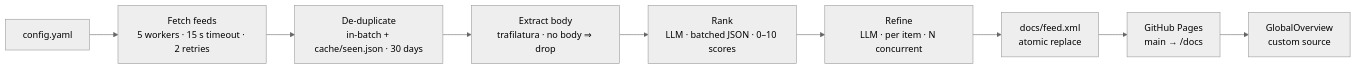
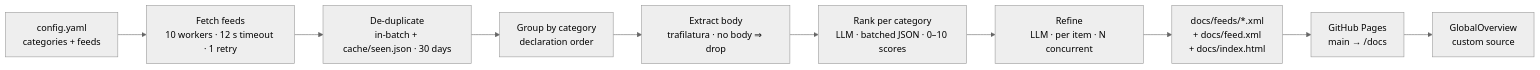
The diagram in README.md (None-Ptr/FeedOverview), drawn with Mermaid (neutral theme) before and after one commit. The commit also changed other lines of this file and 38 other files, not shown here.

````diff
--- a/README.md
+++ b/README.md
@@ -70,11 +77,12 @@
 ```mermaid
 flowchart LR
-    A[config.yaml] --> B["Fetch feeds<br/>5 workers · 15 s timeout · 2 retries"]
+    A["config.yaml<br/>categories + feeds"] --> B["Fetch feeds<br/>10 workers · 12 s timeout · 1 retry"]
     B --> C["De-duplicate<br/>in-batch + cache/seen.json · 30 days"]
-    C --> D["Extract body<br/>trafilatura · no body ⇒ drop"]
-    D --> E["Rank<br/>LLM · batched JSON · 0–10 scores"]
-    E --> F["Refine<br/>LLM · per item · N concurrent"]
-    F --> G["docs/feed.xml<br/>atomic replace"]
-    G --> H["GitHub Pages<br/>main → /docs"]
-    H --> I["GlobalOverview<br/>custom source"]
+    C --> D["Group by category<br/>declaration order"]
+    D --> E["Extract body<br/>trafilatura · no body ⇒ drop"]
+    E --> F["Rank per category<br/>LLM · batched JSON · 0–10 scores"]
+    F --> G["Refine<br/>LLM · per item · N concurrent"]
+    G --> H["docs/feeds/*.xml<br/>+ docs/feed.xml<br/>+ docs/index.html"]
+    H --> I["GitHub Pages<br/>main → /docs"]
+    I --> J["GlobalOverview<br/>custom source"]
 ```
````
